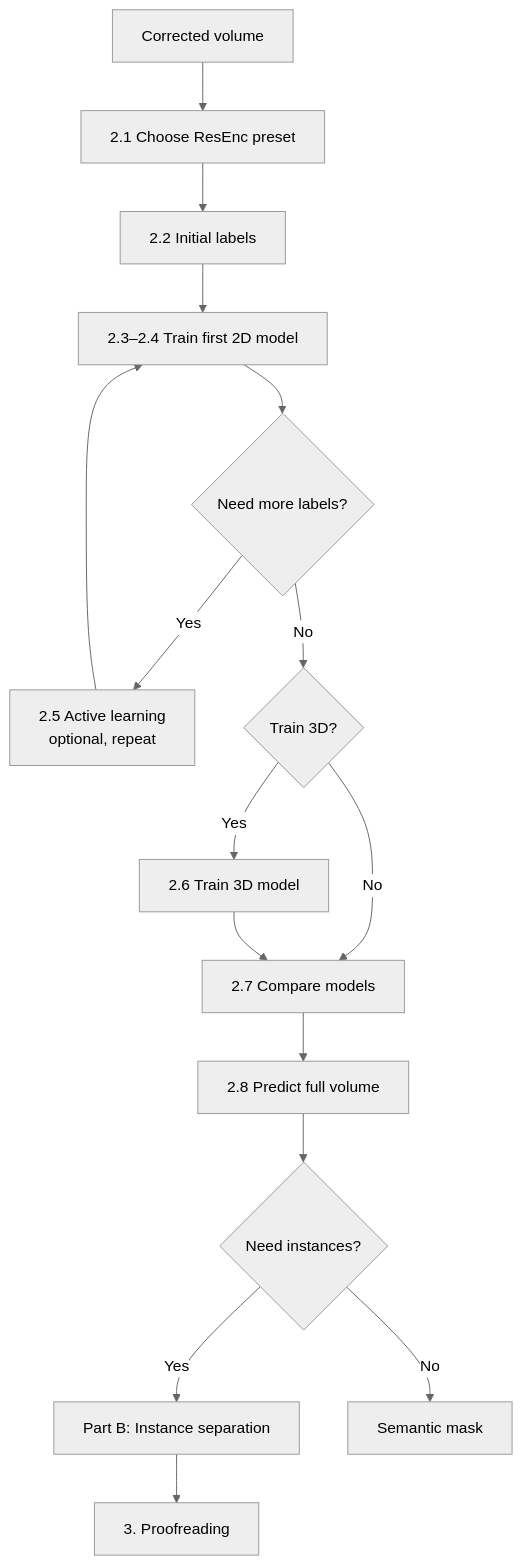
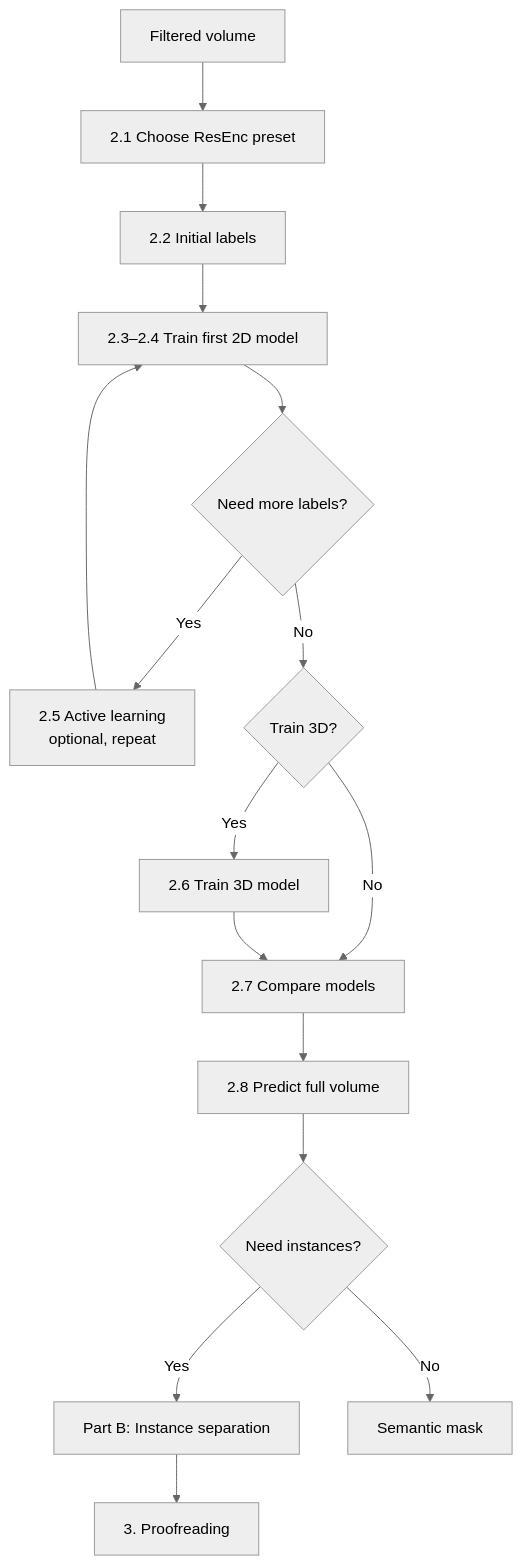
The diagram in docs/02-segmentation.md (risakawasaki/vEM-workflow), drawn with Mermaid (neutral theme) before and after one commit. The commit also changed other lines of this file, not shown here.

Commit message:
Rename 'Corrected volume' to 'Filtered volume'

````diff
--- a/docs/02-segmentation.md
+++ b/docs/02-segmentation.md
@@ -20,18 +20,18 @@
 ```mermaid
 flowchart TD
-    A[Corrected volume] --> B[2.1 Choose ResEnc preset]
+    A[Filtered volume] --> B[2.1 Choose ResEnc preset]
     B --> C[2.2 Initial labels]
     C --> D[2.3–2.4 Train first 2D model]
     D --> E{Need more labels?}
     E -- Yes --> G[2.5 Active learning<br/>optional, repeat]
     G --> D
     E -- No --> H{Train 3D?}
     H -- Yes --> I[2.6 Train 3D model]
     H -- No --> J[2.7 Compare models]
     I --> J
     J --> K[2.8 Predict full volume]
     K --> L{Need instances?}
     L -- Yes --> M[Part B: Instance separation]
     L -- No --> N[Semantic mask]
     M --> O[3. Proofreading]
 ```
````
